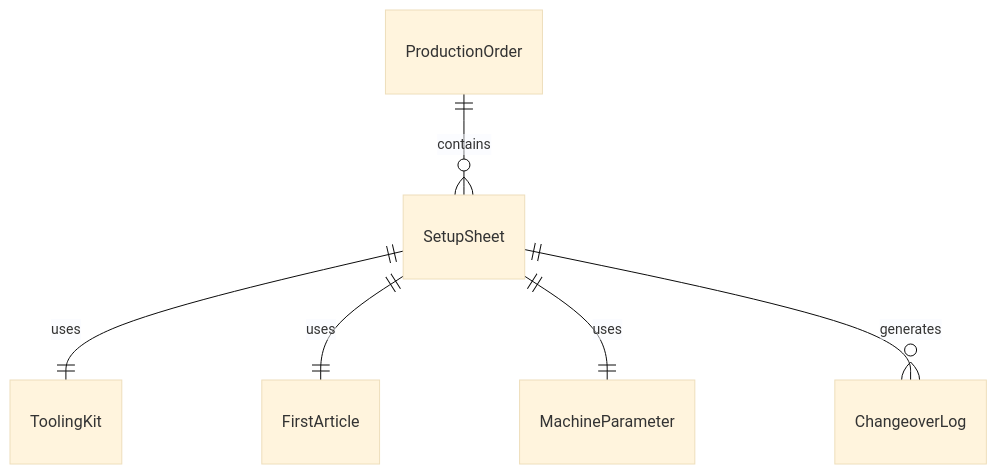
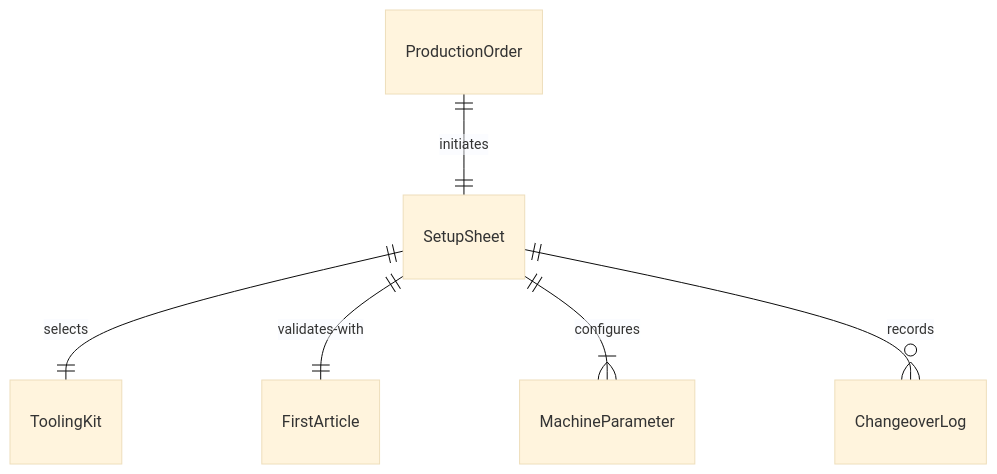
Before and after one commit to dot-org-ai/tasks.org.ai: the first of 4 diagrams in HandlingAndMovingObjects/SetUpEquipment/SetUpProductionProcessingEquipment.mdx, drawn with Mermaid (base theme). The commit also changed other lines of this file and 515 other files, not shown here.

````diff
--- a/HandlingAndMovingObjects/SetUpEquipment/SetUpProductionProcessingEquipment.mdx
+++ b/HandlingAndMovingObjects/SetUpEquipment/SetUpProductionProcessingEquipment.mdx
@@ -86,8 +86,8 @@
 ```mermaid
 erDiagram
-    SetupSheet ||--|| ToolingKit : "uses"
-    ProductionOrder ||--o{ SetupSheet : "contains"
-    SetupSheet ||--|| FirstArticle : "uses"
-    SetupSheet ||--|| MachineParameter : "uses"
-    SetupSheet ||--o{ ChangeoverLog : "generates"
+    SetupSheet ||--|| ToolingKit : "selects"
+    ProductionOrder ||--|| SetupSheet : "initiates"
+    SetupSheet ||--|| FirstArticle : "validates-with"
+    SetupSheet ||--|{ MachineParameter : "configures"
+    SetupSheet ||--o{ ChangeoverLog : "records"
 ```
````
